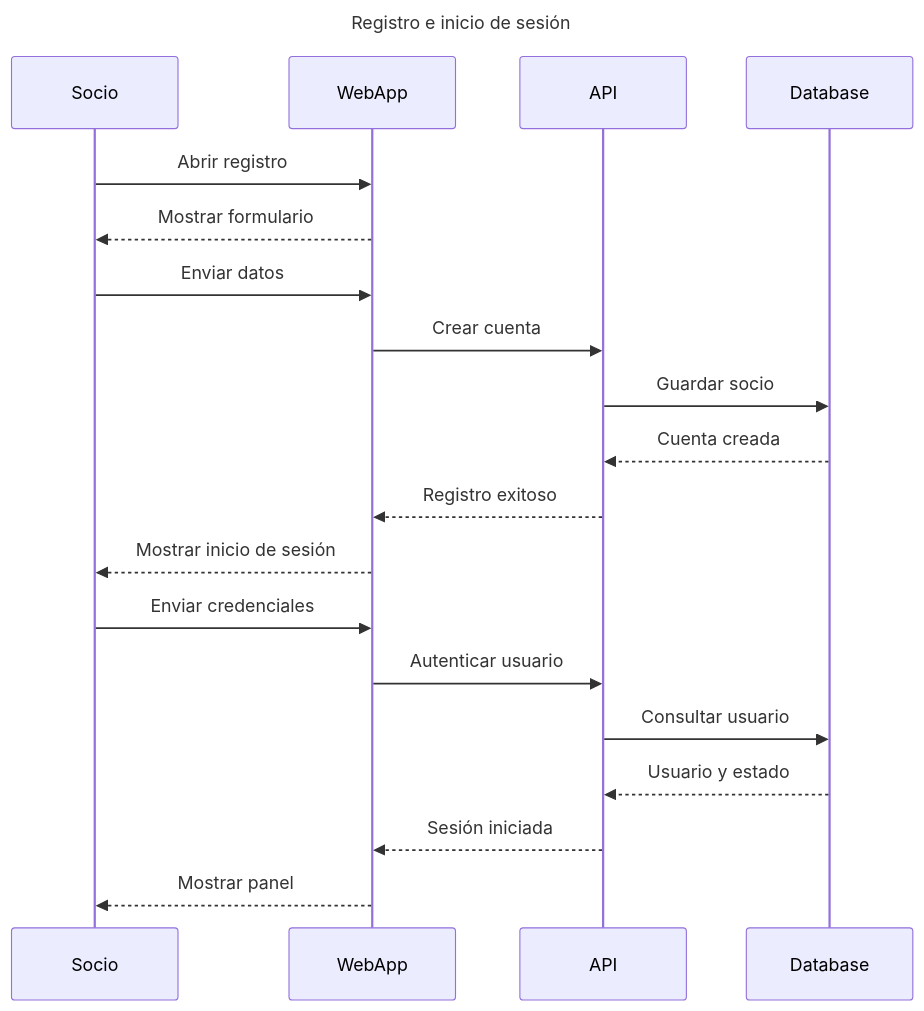
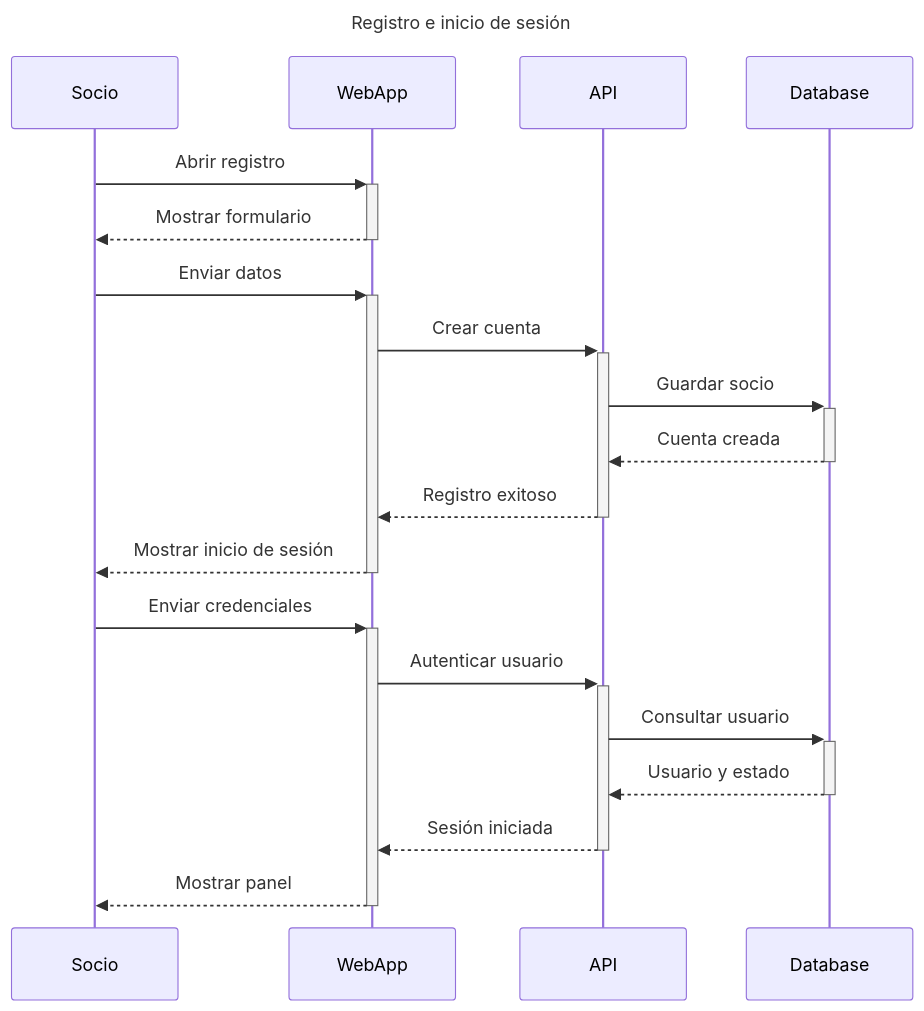
One commit to MTeamOrg/M-Team changed the first of 6 diagrams in docs/diagramas-de-secuencia.md. Above: the diagram before and after it, drawn with Mermaid. The commit also changed other lines of this file, not shown here.

Commit message:
docs: add activation bars to sequence diagrams

````diff
--- a/docs/diagramas-de-secuencia.md
+++ b/docs/diagramas-de-secuencia.md
@@ -9,23 +9,23 @@
 ```mermaid
 sequenceDiagram
     title Registro e inicio de sesión
     participant Socio
     participant WebApp
     participant API
     participant Database
 
-    Socio->>WebApp: Abrir registro
-    WebApp-->>Socio: Mostrar formulario
-    Socio->>WebApp: Enviar datos
-    WebApp->>API: Crear cuenta
-    API->>Database: Guardar socio
-    Database-->>API: Cuenta creada
-    API-->>WebApp: Registro exitoso
-    WebApp-->>Socio: Mostrar inicio de sesión
-    Socio->>WebApp: Enviar credenciales
-    WebApp->>API: Autenticar usuario
-    API->>Database: Consultar usuario
-    Database-->>API: Usuario y estado
-    API-->>WebApp: Sesión iniciada
-    WebApp-->>Socio: Mostrar panel
+    Socio->>+WebApp: Abrir registro
+    WebApp-->>-Socio: Mostrar formulario
+    Socio->>+WebApp: Enviar datos
+    WebApp->>+API: Crear cuenta
+    API->>+Database: Guardar socio
+    Database-->>-API: Cuenta creada
+    API-->>-WebApp: Registro exitoso
+    WebApp-->>-Socio: Mostrar inicio de sesión
+    Socio->>+WebApp: Enviar credenciales
+    WebApp->>+API: Autenticar usuario
+    API->>+Database: Consultar usuario
+    Database-->>-API: Usuario y estado
+    API-->>-WebApp: Sesión iniciada
+    WebApp-->>-Socio: Mostrar panel
 ```
````
